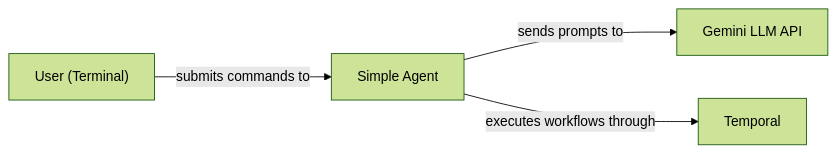
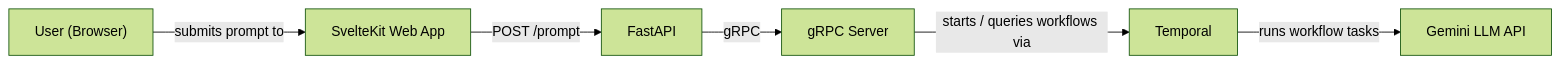
Before and after one commit to snitkdan/ai-mini-project: the first of 2 diagrams in README.md, drawn with Mermaid (forest theme). The commit also changed other lines of this file and 41 other files, not shown here.

````diff
--- a/README.md
+++ b/README.md
@@ -3,11 +7,15 @@
 ```mermaid
 flowchart LR
-    user["User (Terminal)"]
-    app["Simple Agent"]
+    user["User (Browser)"]
+    frontend["SvelteKit Web App"]
+    api["FastAPI"]
+    grpc["gRPC Server"]
+    temporal["Temporal"]
     gemini["Gemini LLM API"]
-    temporal["Temporal"]
 
-    user -->|"submits commands to"| app
-    app -->|"sends prompts to"| gemini
-    app -->|"executes workflows through"| temporal
+    user -->|"submits prompt to"| frontend
+    frontend -->|"POST /prompt"| api
+    api -->|"gRPC"| grpc
+    grpc -->|"starts / queries workflows via"| temporal
+    temporal -->|"runs workflow tasks"| gemini
 ```
````
